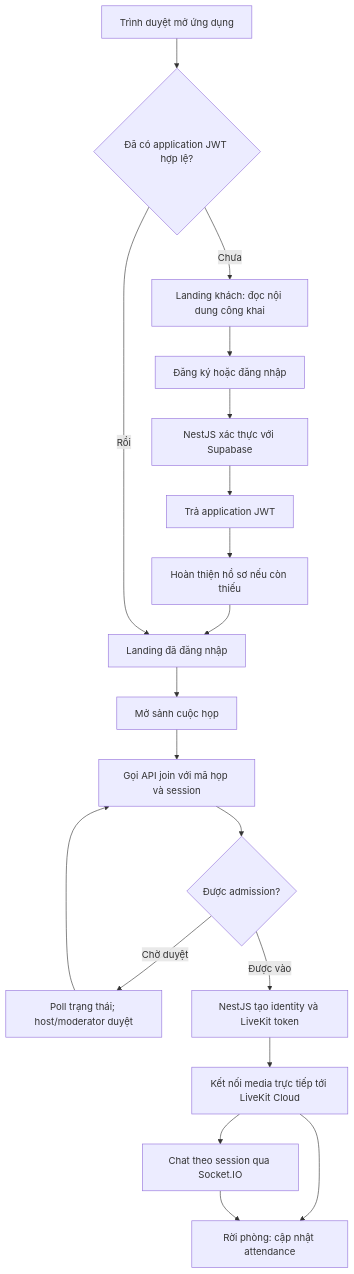
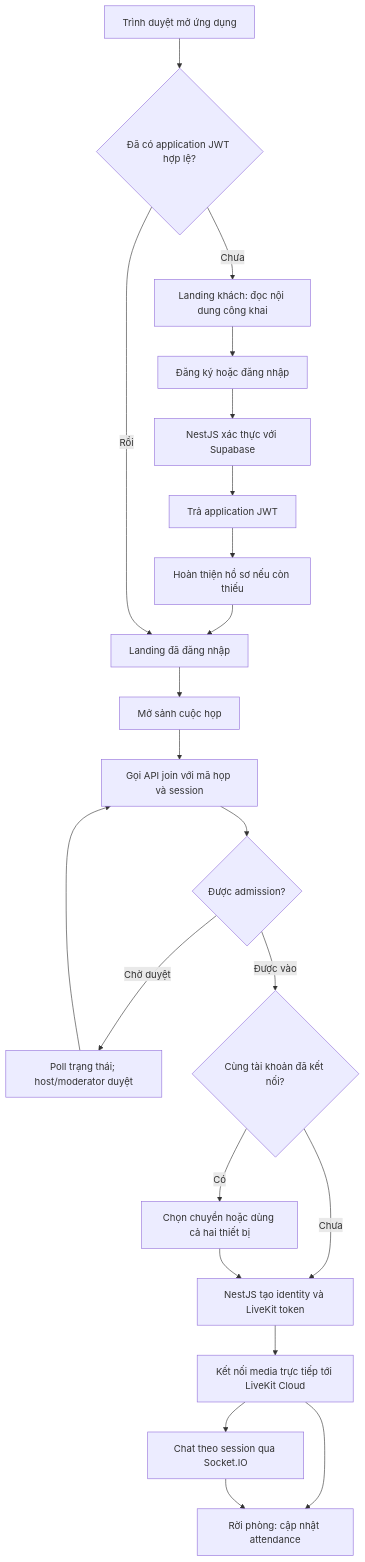
Before and after one commit to trg-ggiang/Real_time_stream: the diagram in CODE_FLOW.md, drawn with Mermaid. The commit also changed other lines of this file and 20 other files, not shown here.

Commit message:
bổ sung chức năng duyệt thiết bị cùng account khi vào họp

````diff
--- a/CODE_FLOW.md
+++ b/CODE_FLOW.md
@@ -39,21 +39,24 @@
 ```mermaid
 flowchart TD
     A[Trình duyệt mở ứng dụng] --> B{Đã có application JWT hợp lệ?}
     B -- Chưa --> C[Landing khách: đọc nội dung công khai]
     C --> D[Đăng ký hoặc đăng nhập]
     D --> E[NestJS xác thực với Supabase]
     E --> F[Trả application JWT]
     F --> G[Hoàn thiện hồ sơ nếu còn thiếu]
     G --> H[Landing đã đăng nhập]
     B -- Rồi --> H
     H --> I[Mở sảnh cuộc họp]
     I --> J[Gọi API join với mã họp và session]
     J --> K{Được admission?}
     K -- Chờ duyệt --> L[Poll trạng thái; host/moderator duyệt]
     L --> J
-    K -- Được vào --> M[NestJS tạo identity và LiveKit token]
+    K -- Được vào --> DVC{Cùng tài khoản đã kết nối?}
+    DVC -- Có --> OPT[Chọn chuyển hoặc dùng cả hai thiết bị]
+    DVC -- Chưa --> M[NestJS tạo identity và LiveKit token]
+    OPT --> M
     M --> N[Kết nối media trực tiếp tới LiveKit Cloud]
     N --> O[Chat theo session qua Socket.IO]
     N --> P[Rời phòng: cập nhật attendance]
     O --> P
 ```
````
